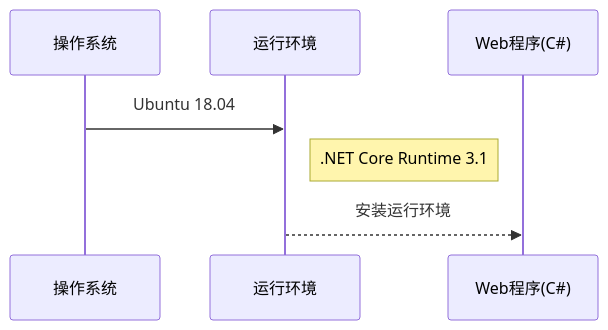
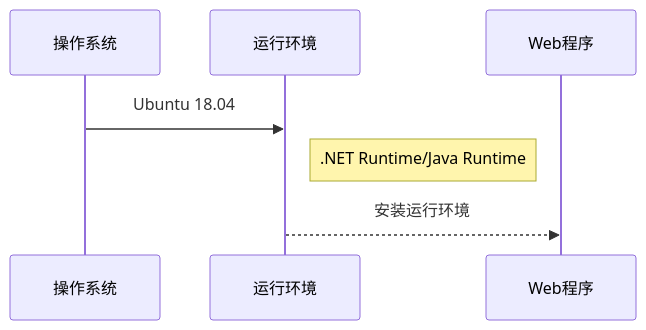
Before and after one commit to whuanle/kubernetes: the diagram in 1.basic/1.docker.md, drawn with Mermaid. The commit also changed other lines of this file and 8 other files, not shown here.

````diff
--- a/1.basic/1.docker.md
+++ b/1.basic/1.docker.md
@@ -29,6 +29,6 @@
 ```mermaid
 sequenceDiagram
 操作系统->>运行环境: Ubuntu 18.04
-Note right of 运行环境: .NET Core Runtime 3.1
-运行环境-->>Web程序(C#): 安装运行环境 
+Note right of 运行环境: .NET Runtime/Java Runtime
+运行环境-->>Web程序: 安装运行环境 
 ```
````
